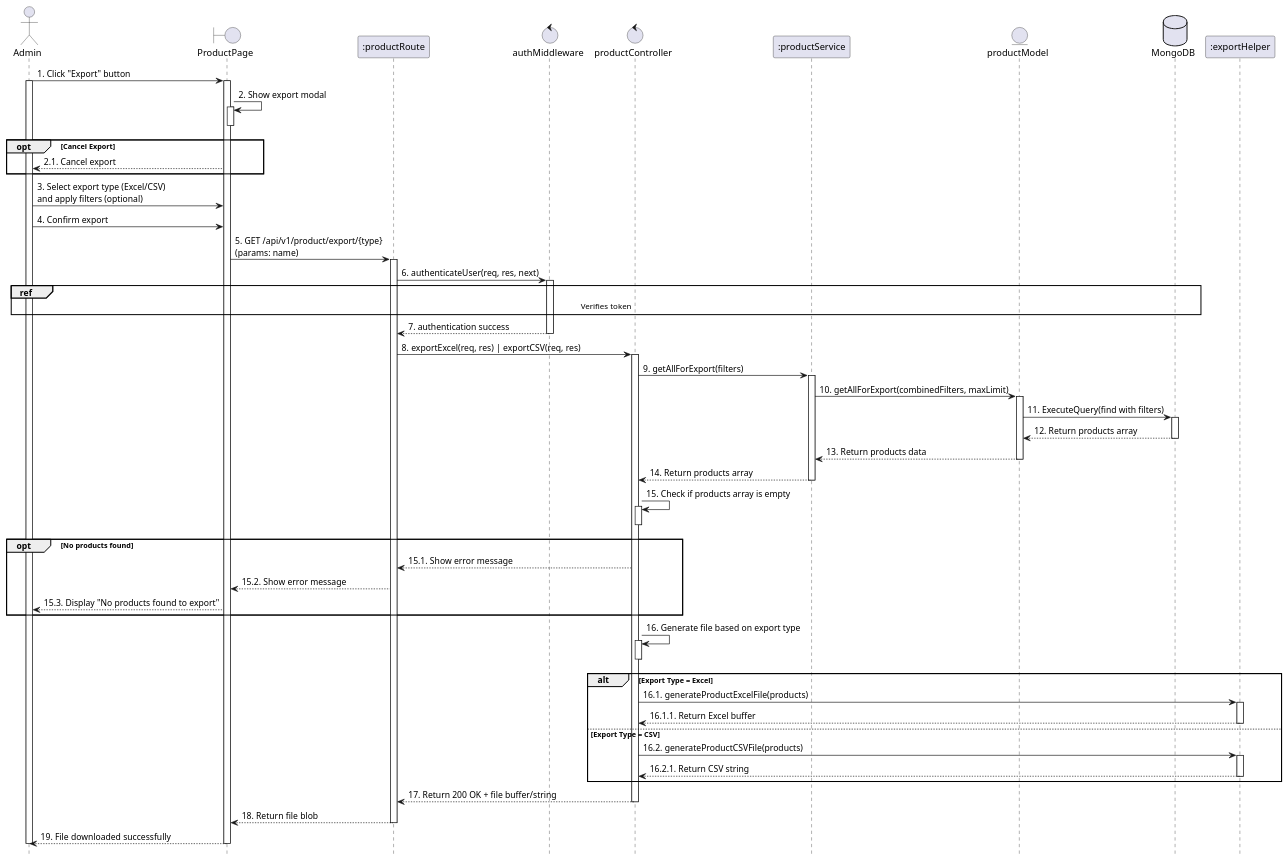
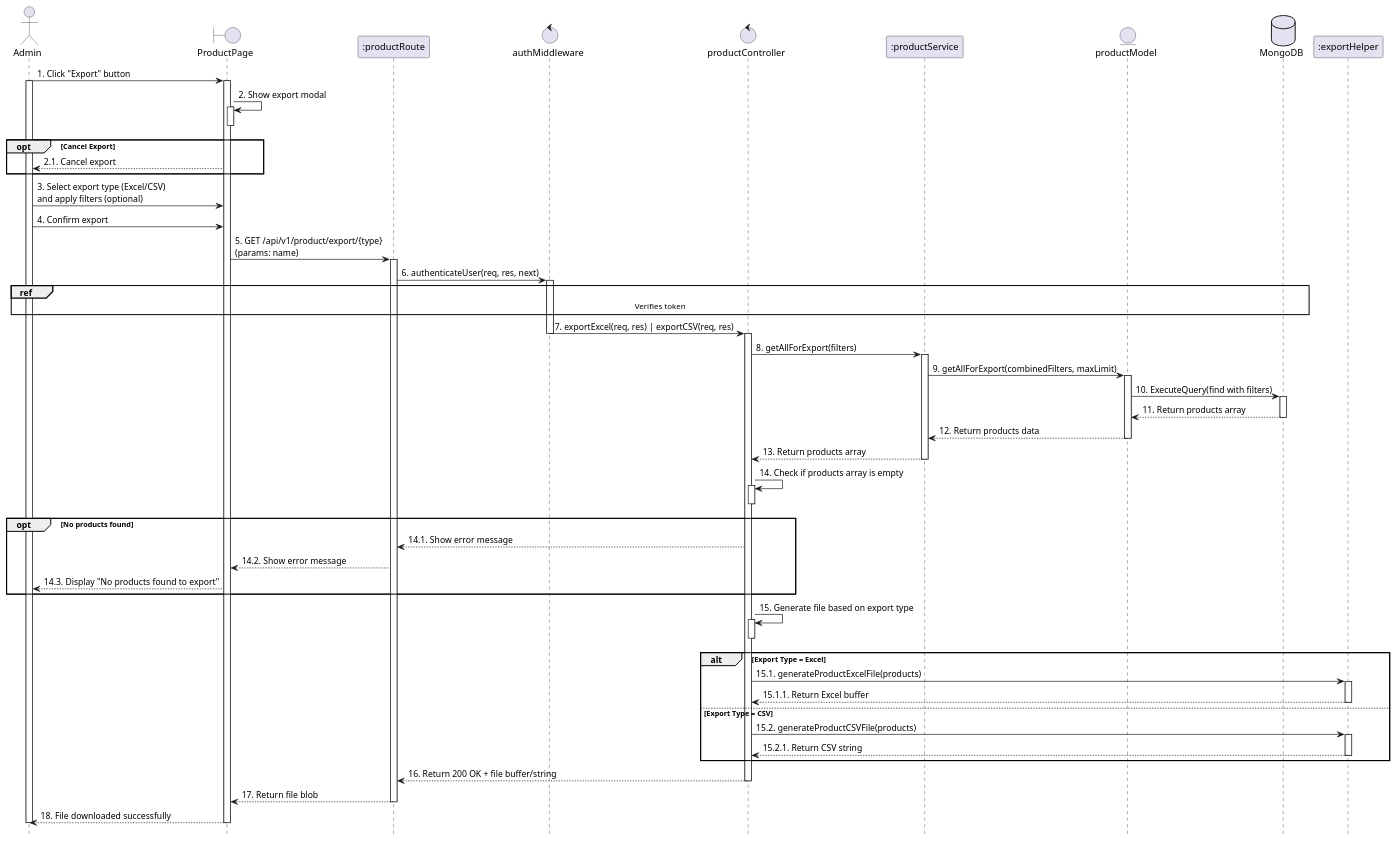
One commit to VietDurian/VietDurian changed the diagram in planuml/web/23_exportProduct.puml. Above: the diagram before and after it, drawn with PlantUML. The commit also changed 18 other files, not shown here.

```diff
--- a/planuml/web/23_exportProduct.puml
+++ b/planuml/web/23_exportProduct.puml
@@ -1,102 +1,100 @@
 @startuml Export Product
 
 actor Admin as "Admin"
 boundary "ProductPage" as View 
 participant ":productRoute" as Route 
 control "authMiddleware" as Auth 
 control "productController" as Controller 
 participant ":productService" as Service 
 entity "productModel" as Model 
 database "MongoDB" as MongoDB 
 participant ":exportHelper" as Helper 
 hide footbox
 
 Admin -> View: 1. Click "Export" button
 activate Admin
 activate View
 
 View -> View: 2. Show export modal
 activate View
 deactivate View
 
 opt Cancel Export
     View --> Admin: 2.1. Cancel export
 end
 
 Admin -> View: 3. Select export type (Excel/CSV)\nand apply filters (optional)
 Admin -> View: 4. Confirm export
 
 View -> Route: 5. GET /api/v1/product/export/{type}\n(params: name)
 activate Route
 
 Route -> Auth: 6. authenticateUser(req, res, next)
 activate Auth
 
 ref over Admin, MongoDB : Verifies token
 
-Auth --> Route: 7. authentication success
+Auth -> Controller: 7. exportExcel(req, res) | exportCSV(req, res)
 deactivate Auth
-
-Route -> Controller: 8. exportExcel(req, res) | exportCSV(req, res)
 activate Controller
 
-Controller -> Service: 9. getAllForExport(filters)
+Controller -> Service: 8. getAllForExport(filters)
 activate Service
 
-Service -> Model: 10. getAllForExport(combinedFilters, maxLimit)
+Service -> Model: 9. getAllForExport(combinedFilters, maxLimit)
 activate Model
 
-Model -> MongoDB: 11. ExecuteQuery(find with filters)
+Model -> MongoDB: 10. ExecuteQuery(find with filters)
 activate MongoDB
-MongoDB --> Model: 12. Return products array
+MongoDB --> Model: 11. Return products array
 deactivate MongoDB
 
-Model --> Service: 13. Return products data
+Model --> Service: 12. Return products data
 deactivate Model
 
-Service --> Controller: 14. Return products array
+Service --> Controller: 13. Return products array
 deactivate Service
 
-Controller -> Controller: 15. Check if products array is empty
+Controller -> Controller: 14. Check if products array is empty
 activate Controller
 deactivate Controller
 
 opt No products found
 
-    Controller --> Route: 15.1. Show error message
-    Route --> View: 15.2. Show error message
-    View --> Admin: 15.3. Display "No products found to export"
+    Controller --> Route: 14.1. Show error message
+    Route --> View: 14.2. Show error message
+    View --> Admin: 14.3. Display "No products found to export"
 end
 
-Controller -> Controller: 16. Generate file based on export type
+Controller -> Controller: 15. Generate file based on export type
 activate Controller
 deactivate Controller
 
 alt Export Type = Excel
 
-    Controller -> Helper: 16.1. generateProductExcelFile(products)
+    Controller -> Helper: 15.1. generateProductExcelFile(products)
     activate Helper
     
-    Helper --> Controller: 16.1.1. Return Excel buffer
+    Helper --> Controller: 15.1.1. Return Excel buffer
     deactivate Helper
     
 else Export Type = CSV
-    Controller -> Helper: 16.2. generateProductCSVFile(products)
+    Controller -> Helper: 15.2. generateProductCSVFile(products)
     activate Helper
     
-    Helper --> Controller: 16.2.1. Return CSV string
+    Helper --> Controller: 15.2.1. Return CSV string
     deactivate Helper
 end
 
-Controller --> Route: 17. Return 200 OK + file buffer/string
+Controller --> Route: 16. Return 200 OK + file buffer/string
 deactivate Controller
 
-Route --> View: 18. Return file blob
+Route --> View: 17. Return file blob
 deactivate Route
 
 
-View --> Admin: 19. File downloaded successfully
+View --> Admin: 18. File downloaded successfully
 deactivate Admin
 deactivate View
 
 @enduml
```
